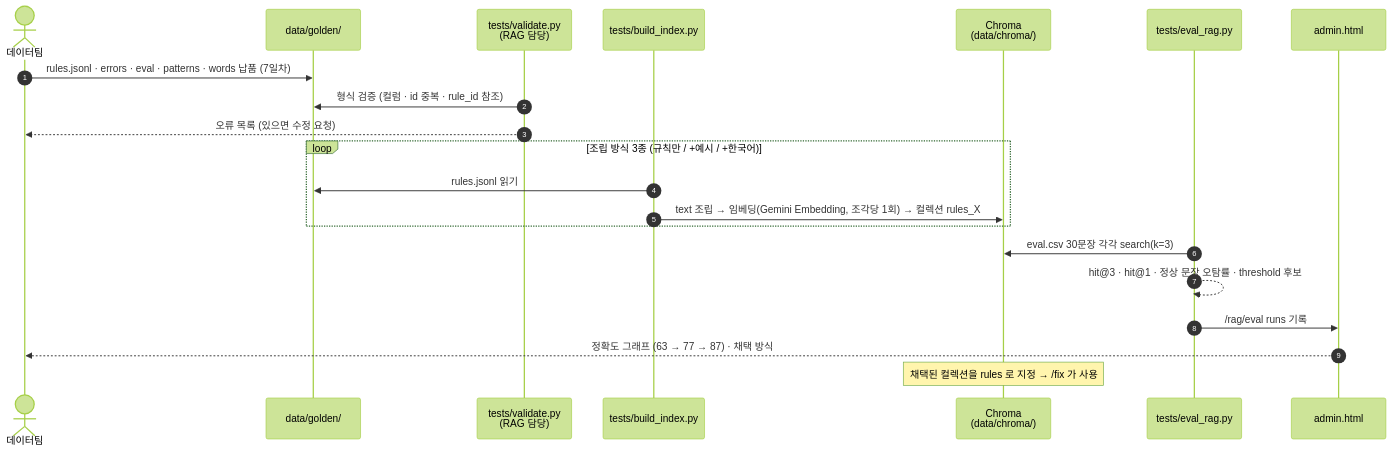
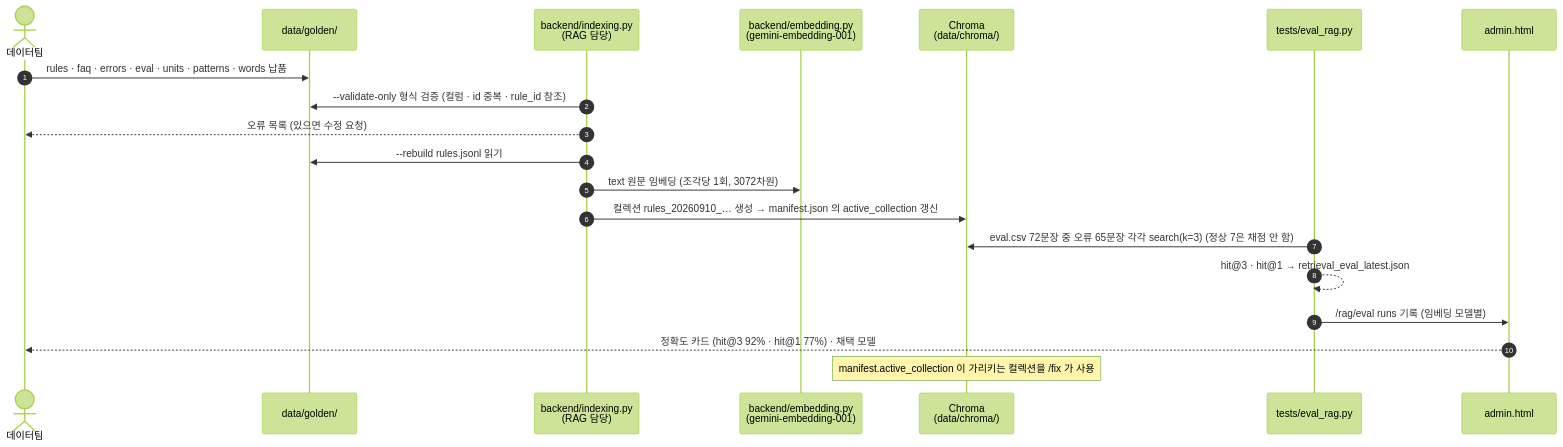
Before and after one commit to izzy215/elem-english-rag: the fifth of 6 diagrams in docs/plan-B/diagrams.md, drawn with Mermaid (forest theme). The commit also changed other lines of this file and 8 other files, not shown here.

````diff
--- a/docs/plan-B/diagrams.md
+++ b/docs/plan-B/diagrams.md
@@ -201,24 +205,23 @@
 ```mermaid
 sequenceDiagram
   autonumber
   actor D as 데이터팀
   participant G as data/golden/
-  participant V as tests/validate.py<br/>(RAG 담당)
-  participant B as tests/build_index.py
+  participant I as backend/indexing.py<br/>(RAG 담당)
+  participant EM as backend/embedding.py<br/>(gemini-embedding-001)
   participant C as Chroma<br/>(data/chroma/)
   participant E as tests/eval_rag.py
   participant A as admin.html
 
-  D->>G: rules.jsonl · errors · eval · patterns · words 납품 (7일차)
-  V->>G: 형식 검증 (컬럼 · id 중복 · rule_id 참조)
-  V-->>D: 오류 목록 (있으면 수정 요청)
-  loop 조립 방식 3종 (규칙만 / +예시 / +한국어)
-    B->>G: rules.jsonl 읽기
-    B->>C: text 조립 → 임베딩(Gemini Embedding, 조각당 1회) → 컬렉션 rules_X
-  end
-  E->>C: eval.csv 30문장 각각 search(k=3)
-  E-->>E: hit@3 · hit@1 · 정상 문장 오탐률 · threshold 후보
-  E->>A: /rag/eval runs 기록
-  A-->>D: 정확도 그래프 (63 → 77 → 87) · 채택 방식
-  Note over C: 채택된 컬렉션을 rules 로 지정 → /fix 가 사용
+  D->>G: rules · faq · errors · eval · units · patterns · words 납품
+  I->>G: --validate-only 형식 검증 (컬럼 · id 중복 · rule_id 참조)
+  I-->>D: 오류 목록 (있으면 수정 요청)
+  I->>G: --rebuild rules.jsonl 읽기
+  I->>EM: text 원문 임베딩 (조각당 1회, 3072차원)
+  I->>C: 컬렉션 rules_20260910_… 생성 → manifest.json 의 active_collection 갱신
+  E->>C: eval.csv 72문장 중 오류 65문장 각각 search(k=3) (정상 7은 채점 안 함)
+  E-->>E: hit@3 · hit@1 → retrieval_eval_latest.json
+  E->>A: /rag/eval runs 기록 (임베딩 모델별)
+  A-->>D: 정확도 카드 (hit@3 92% · hit@1 77%) · 채택 모델
+  Note over C: manifest.active_collection 이 가리키는 컬렉션을 /fix 가 사용
 ```
````
